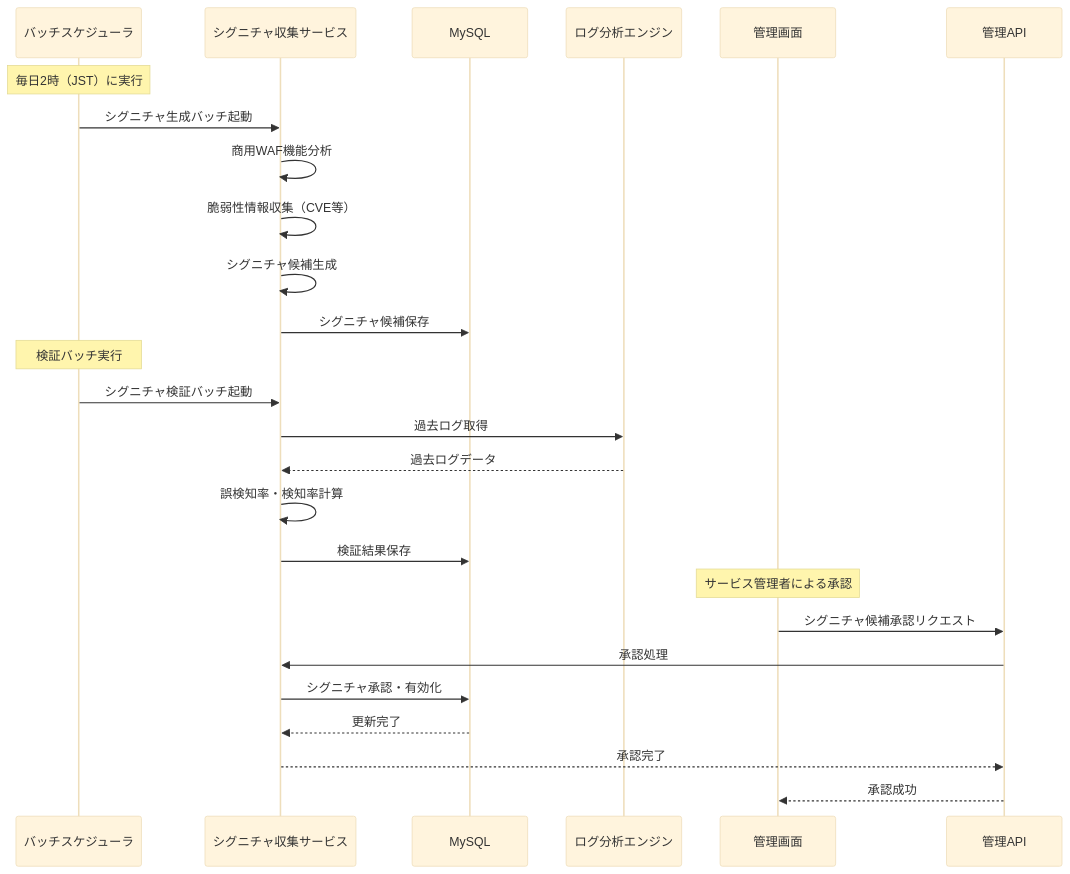
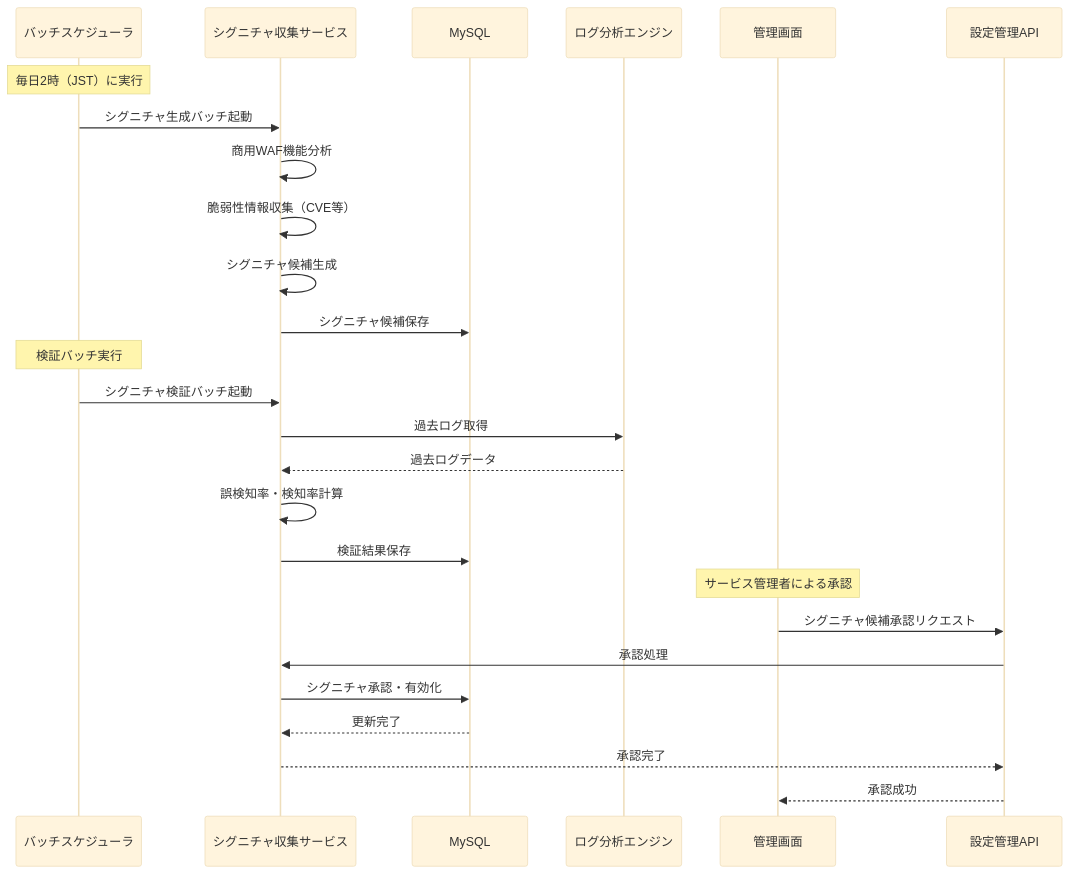
One commit to kencom2400/MrWebDefence-Design changed the sixth of 13 diagrams in DESIGN.md. Above: the diagram before and after it, drawn with Mermaid (base theme). The commit also changed other lines of this file and 1 other file, not shown here.

First line of the commit message:
fix(MWD-19): Geminiレビュー指摘に対応 - シーケンス図の参加者名を統一

````diff
--- a/DESIGN.md
+++ b/DESIGN.md
@@ -609,31 +609,31 @@
 ```mermaid
 sequenceDiagram
     participant Batch as バッチスケジューラ
     participant SigService as シグニチャ収集サービス
     participant DB as MySQL
     participant LogAnalyzer as ログ分析エンジン
     participant UI as 管理画面
-    participant API as 管理API
+    participant ConfigAPI as 設定管理API
 
     Note over Batch: 毎日2時（JST）に実行
     Batch->>SigService: シグニチャ生成バッチ起動
     SigService->>SigService: 商用WAF機能分析
     SigService->>SigService: 脆弱性情報収集（CVE等）
     SigService->>SigService: シグニチャ候補生成
     SigService->>DB: シグニチャ候補保存
 
     Note over Batch: 検証バッチ実行
     Batch->>SigService: シグニチャ検証バッチ起動
     SigService->>LogAnalyzer: 過去ログ取得
     LogAnalyzer-->>SigService: 過去ログデータ
     SigService->>SigService: 誤検知率・検知率計算
     SigService->>DB: 検証結果保存
 
     Note over UI: サービス管理者による承認
-    UI->>API: シグニチャ候補承認リクエスト
-    API->>SigService: 承認処理
+    UI->>ConfigAPI: シグニチャ候補承認リクエスト
+    ConfigAPI->>SigService: 承認処理
     SigService->>DB: シグニチャ承認・有効化
     DB-->>SigService: 更新完了
-    SigService-->>API: 承認完了
-    API-->>UI: 承認成功
+    SigService-->>ConfigAPI: 承認完了
+    ConfigAPI-->>UI: 承認成功
 ```
````
